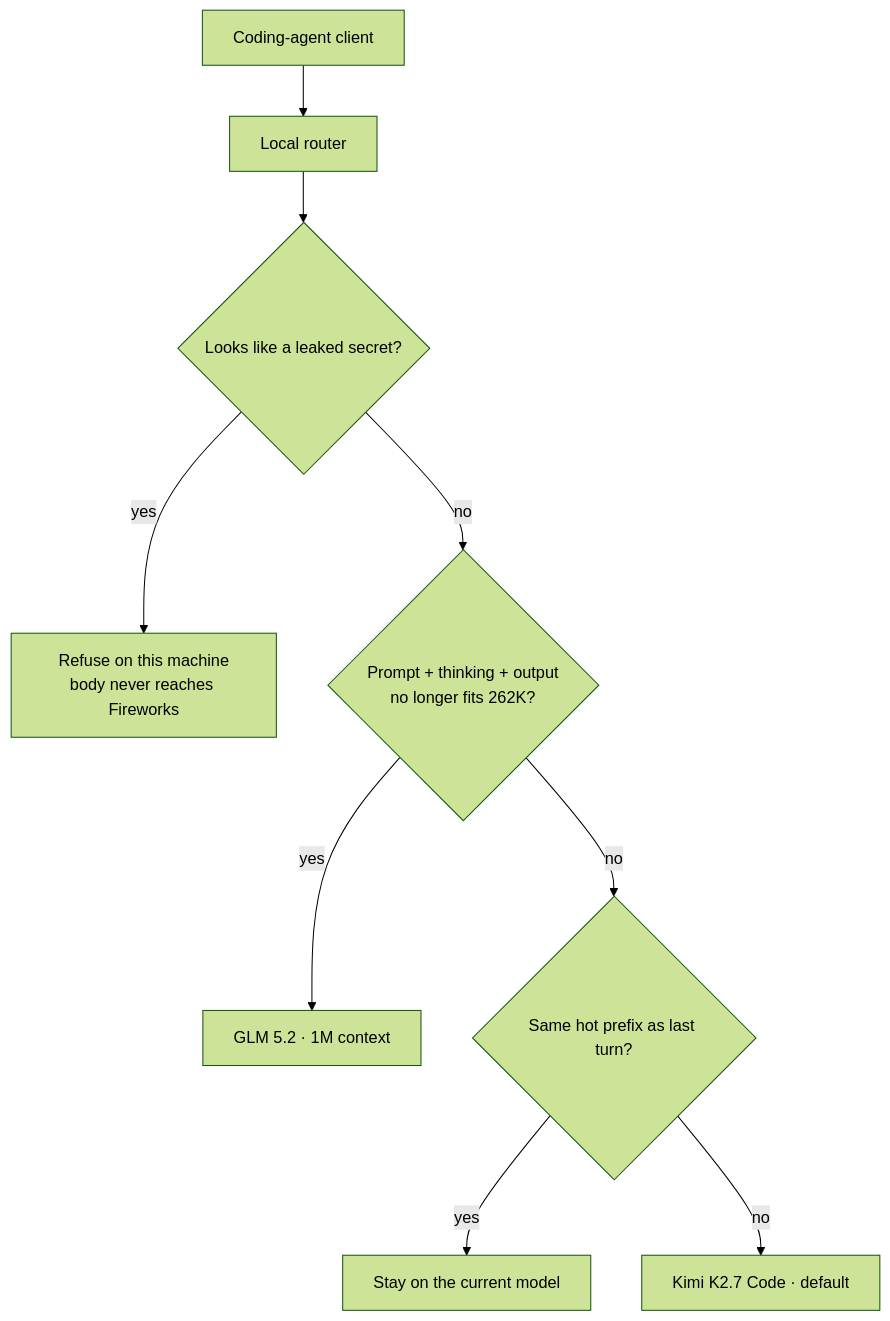
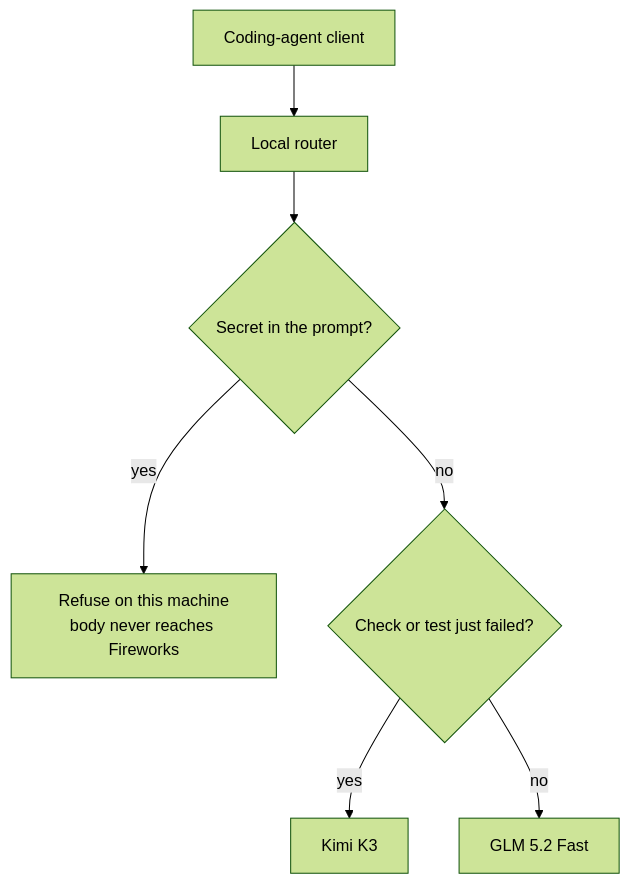
The first of 3 diagrams in fireworks-vllm-semantic-router/README.md (nagalikith/sandboxgrid), drawn with Mermaid (forest theme) before and after one commit. The commit also changed other lines of this file and 1 other file, not shown here.

````diff
--- a/fireworks-vllm-semantic-router/README.md
+++ b/fireworks-vllm-semantic-router/README.md
@@ -25,11 +24,9 @@
 ```mermaid
 flowchart TD
   client[Coding-agent client] --> sidecar[Local router]
-  sidecar --> secret{Looks like a leaked secret?}
+  sidecar --> secret{Secret in the prompt?}
   secret -->|yes| refuse[Refuse on this machine<br/>body never reaches Fireworks]
-  secret -->|no| budget{Prompt + thinking + output<br/>no longer fits 262K?}
-  budget -->|yes| glm[GLM 5.2 · 1M context]
-  budget -->|no| prefix{Same hot prefix as last turn?}
-  prefix -->|yes| stay[Stay on the current model]
-  prefix -->|no| kimi[Kimi K2.7 Code · default]
+  secret -->|no| stuck{Check or test just failed?}
+  stuck -->|yes| kimi[Kimi K3]
+  stuck -->|no| glm[GLM 5.2 Fast]
 ```
````
